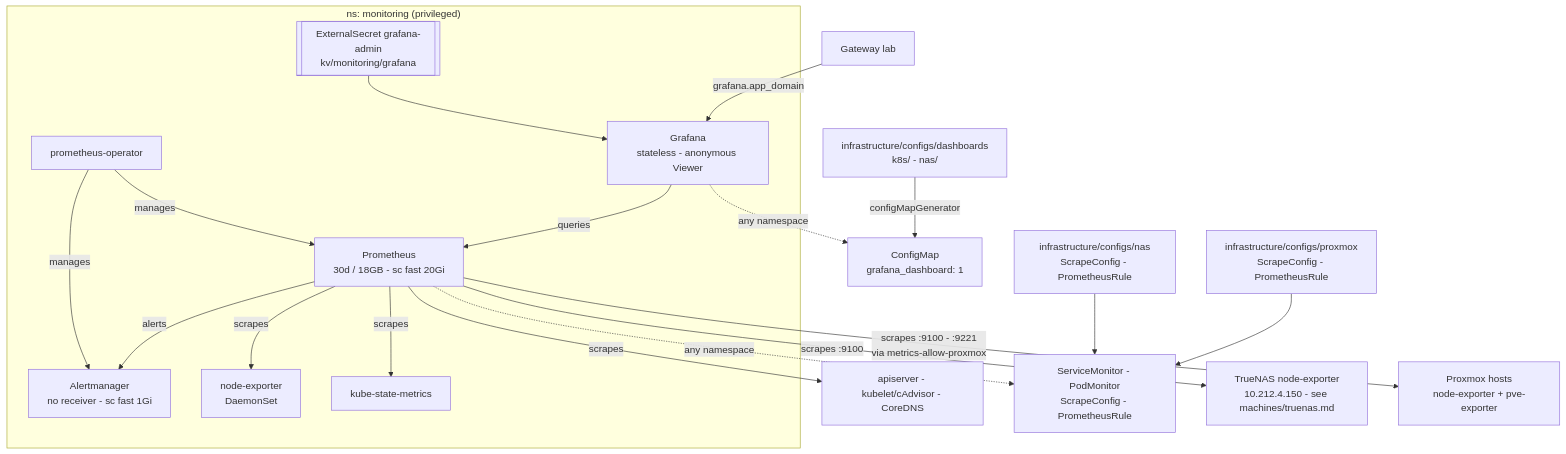
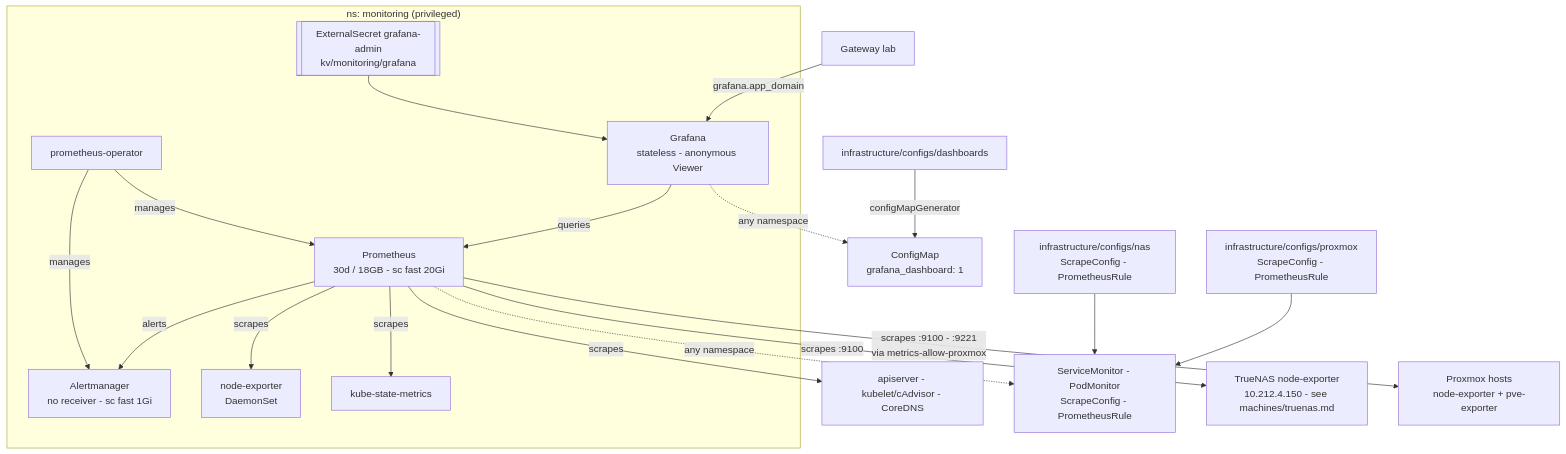
One commit to Sojamann/homelab-apps changed the diagram in docs/monitoring.md. Above: the diagram before and after it, drawn with Mermaid. The commit also changed other lines of this file and 9 other files, not shown here.

````diff
--- a/docs/monitoring.md
+++ b/docs/monitoring.md
@@ -10,28 +10,28 @@
 ```mermaid
 graph TD
   subgraph mon["ns: monitoring (privileged)"]
     OP["prometheus-operator"]
     PROM["Prometheus<br/>30d / 18GB - sc fast 20Gi"]
     AM["Alertmanager<br/>no receiver - sc fast 1Gi"]
     GR["Grafana<br/>stateless - anonymous Viewer"]
     NE["node-exporter<br/>DaemonSet"]
     KSM["kube-state-metrics"]
     SEC[["ExternalSecret grafana-admin<br/>kv/monitoring/grafana"]]
     OP -->|manages| PROM & AM
     SEC --> GR
     GR -->|queries| PROM
     PROM -->|alerts| AM
   end
 
   PROM -->|scrapes| NE & KSM
   PROM -->|scrapes| K["apiserver - kubelet/cAdvisor - CoreDNS"]
   PROM -.->|any namespace| MON["ServiceMonitor - PodMonitor<br/>ScrapeConfig - PrometheusRule"]
   GR -.->|any namespace| DASH["ConfigMap<br/>grafana_dashboard: 1"]
-  CFG["infrastructure/configs/dashboards<br/>k8s/ - nas/"] -->|configMapGenerator| DASH
+  CFG["infrastructure/configs/dashboards"] -->|configMapGenerator| DASH
   NAS["infrastructure/configs/nas<br/>ScrapeConfig - PrometheusRule"] --> MON
   PVE["infrastructure/configs/proxmox<br/>ScrapeConfig - PrometheusRule"] --> MON
   PROM -->|scrapes :9100| TN["TrueNAS node-exporter<br/>10.212.4.150 - see machines/truenas.md"]
   PROM -->|scrapes :9100 - :9221<br/>via metrics-allow-proxmox| PX["Proxmox hosts<br/>node-exporter + pve-exporter"]
 
   GW["Gateway lab"] -->|grafana.app_domain| GR
 ```
````
